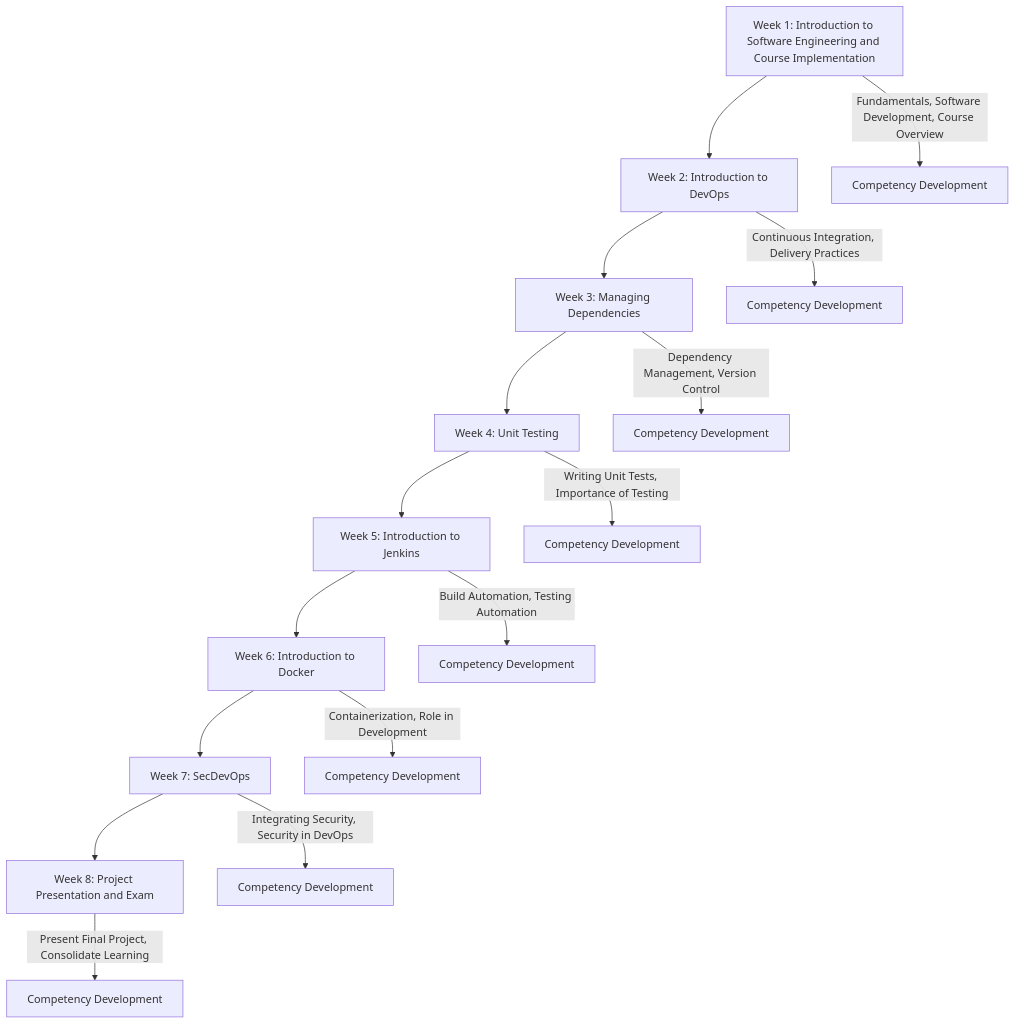
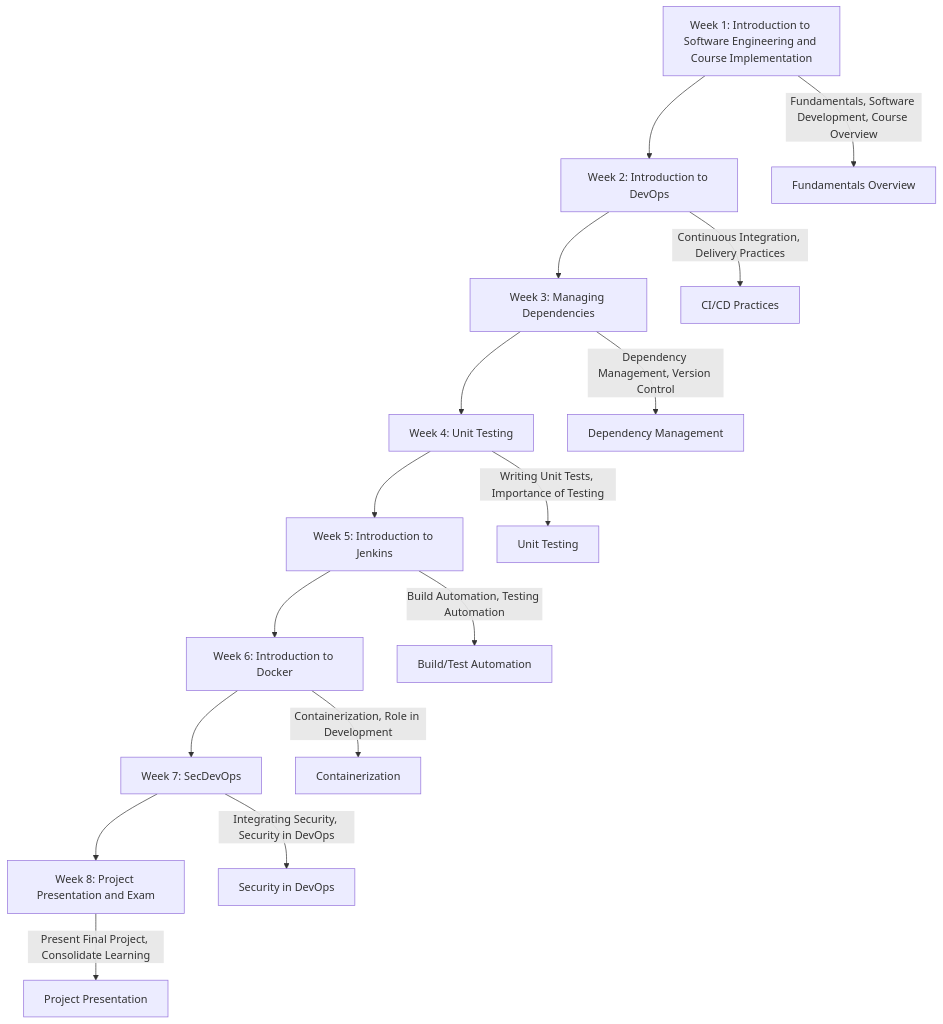
The diagram in Introduction_To_SEP.md (ADirin/OTP1_LectureMaterial), drawn with Mermaid before and after one commit.

````diff
--- a/Introduction_To_SEP.md
+++ b/Introduction_To_SEP.md
@@ -64,19 +64,20 @@
 ```mermaid
 graph TD
     A[Week 1: Introduction to Software Engineering and Course Implementation] --> B[Week 2: Introduction to DevOps]
     B --> C[Week 3: Managing Dependencies]
     C --> D[Week 4: Unit Testing]
     D --> E[Week 5: Introduction to Jenkins]
     E --> F[Week 6: Introduction to Docker]
     F --> G[Week 7: SecDevOps]
     G --> H[Week 8: Project Presentation and Exam]
-    
-    A --> |Fundamentals, Software Development, Course Overview| A1[Competency Development]
-    B --> |Continuous Integration, Delivery Practices| B1[Competency Development]
-    C --> |Dependency Management, Version Control| C1[Competency Development]
-    D --> |Writing Unit Tests, Importance of Testing| D1[Competency Development]
-    E --> |Build Automation, Testing Automation| E1[Competency Development]
-    F --> |Containerization, Role in Development| F1[Competency Development]
-    G --> |Integrating Security, Security in DevOps| G1[Competency Development]
-    H --> |Present Final Project, Consolidate Learning| H1[Competency Development]
+
+    A --> |Fundamentals, Software Development, Course Overview| A1[Fundamentals Overview]
+    B --> |Continuous Integration, Delivery Practices| B1[CI/CD Practices]
+    C --> |Dependency Management, Version Control| C1[Dependency Management]
+    D --> |Writing Unit Tests, Importance of Testing| D1[Unit Testing]
+    E --> |Build Automation, Testing Automation| E1[Build/Test Automation]
+    F --> |Containerization, Role in Development| F1[Containerization]
+    G --> |Integrating Security, Security in DevOps| G1[Security in DevOps]
+    H --> |Present Final Project, Consolidate Learning| H1[Project Presentation]
+
 ```
````
